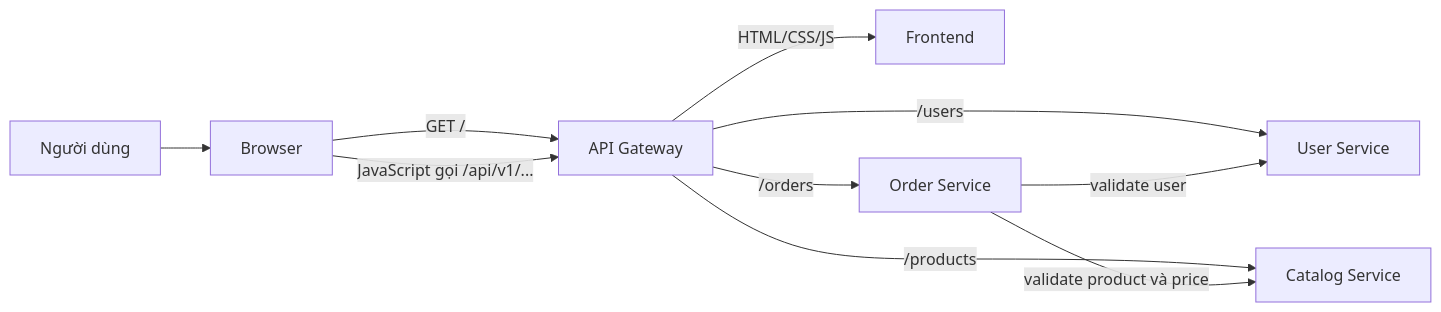
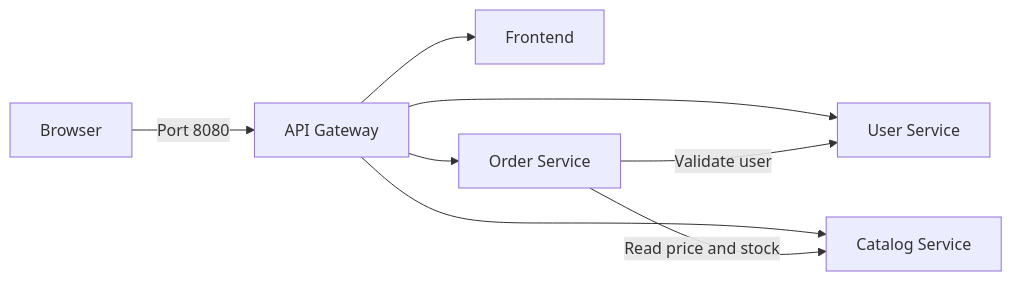
The first of 2 diagrams in README.md (Azure-DevOps-E2E/config-management), drawn with Mermaid before and after one commit. The commit also changed other lines of this file and 9 other files, not shown here.

````diff
--- a/README.md
+++ b/README.md
@@ -43,12 +31,10 @@
 ```mermaid
 flowchart LR
-    U[Người dùng] --> B[Browser]
-    B -->|GET /| G[API Gateway]
-    G -->|HTML/CSS/JS| F[Frontend]
-    B -->|JavaScript gọi /api/v1/...| G
-    G -->|/users| US[User Service]
-    G -->|/products| CS[Catalog Service]
-    G -->|/orders| OS[Order Service]
-    OS -->|validate user| US
-    OS -->|validate product và price| CS
+    B[Browser] -->|Port 8080| G[API Gateway]
+    G --> F[Frontend]
+    G --> U[User Service]
+    G --> C[Catalog Service]
+    G --> O[Order Service]
+    O -->|Validate user| U
+    O -->|Read price and stock| C
 ```
````
